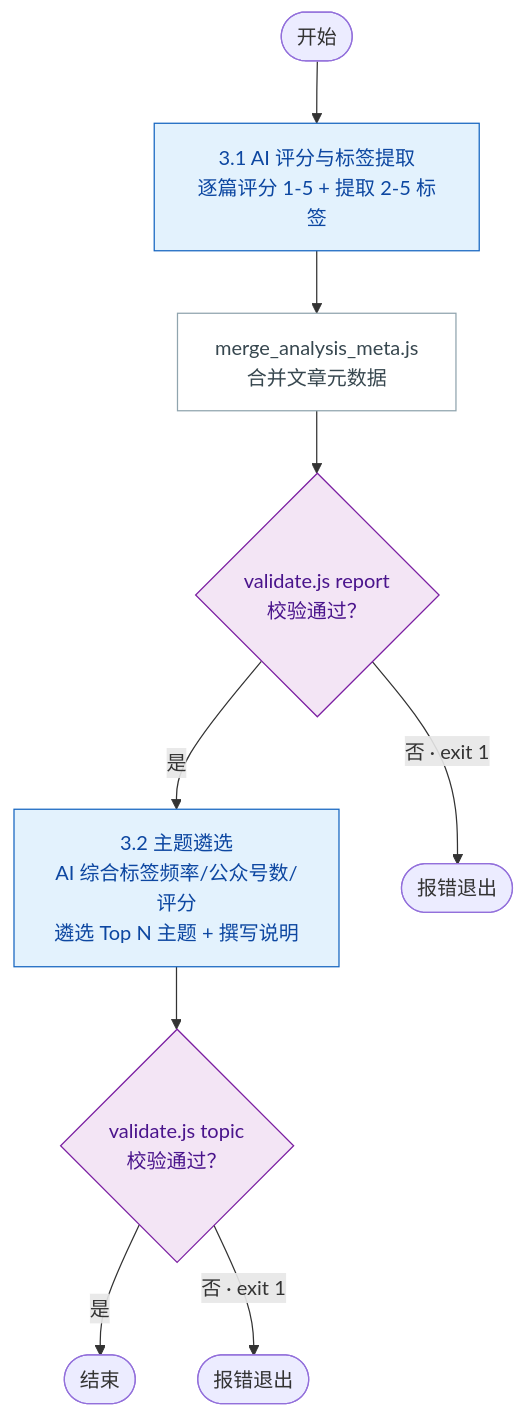
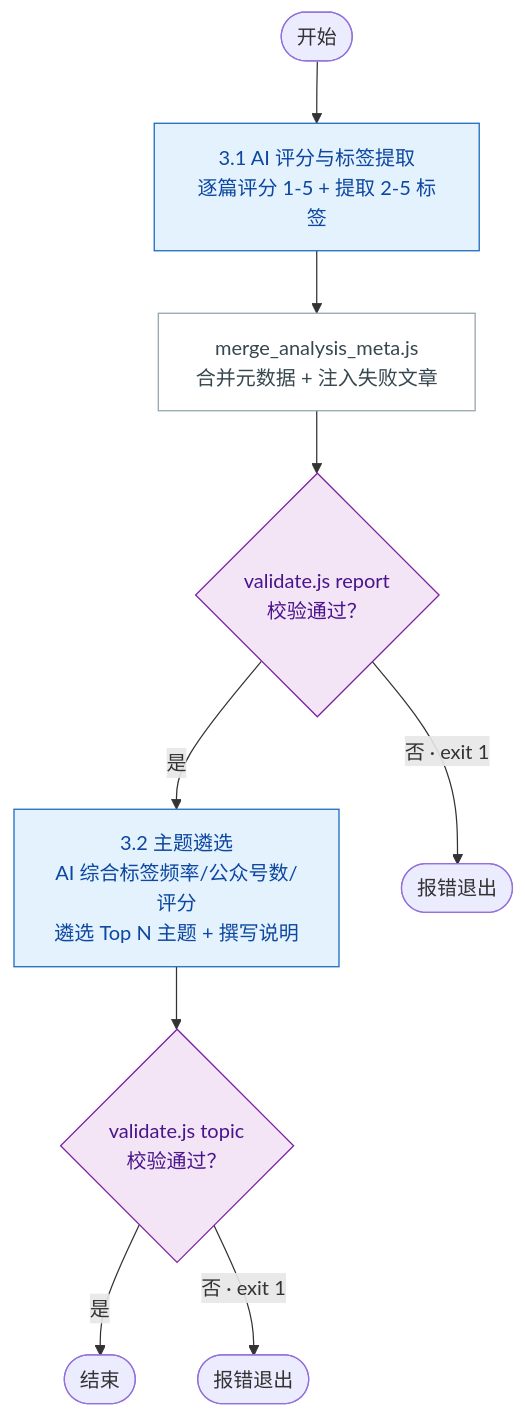
Before and after one commit to bruce1977/penbot: the diagram in skills/wechat-mp-articles/steps/step3.md, drawn with Mermaid. The commit also changed other lines of this file and 7 other files, not shown here.

````diff
--- a/skills/wechat-mp-articles/steps/step3.md
+++ b/skills/wechat-mp-articles/steps/step3.md
@@ -18,21 +18,21 @@
 ```mermaid
 flowchart TD
     classDef phase fill:#e3f2fd,stroke:#1565c0,stroke-width:1px,color:#0d47a1
     classDef substep fill:#fff,stroke:#90a4ae,stroke-width:1px,color:#37474f
     classDef decision fill:#f3e5f5,stroke:#7b1fa2,stroke-width:1px,color:#4a148c
 
     S([开始]) --> AI1[3.1 AI 评分与标签提取<br/>逐篇评分 1-5 + 提取 2-5 标签]
-    AI1 --> MERGE[merge_analysis_meta.js<br/>合并文章元数据]
+    AI1 --> MERGE[merge_analysis_meta.js<br/>合并元数据 + 注入失败文章]
     MERGE --> VAL1{validate.js report<br/>校验通过？}
     VAL1 -->|是| AI2[3.2 主题遴选<br/>AI 综合标签频率/公众号数/评分<br/>遴选 Top N 主题 + 撰写说明]
     VAL1 -->|否 · exit 1| ERR1([报错退出])
     AI2 --> VAL2{validate.js topic<br/>校验通过？}
     VAL2 -->|是| E([结束])
     VAL2 -->|否 · exit 1| ERR2([报错退出])
 
     class S,E startend
     class AI1,AI2 phase
     class MERGE substep
     class VAL1,VAL2 decision
     class ERR1,ERR2 error
 ```
````
